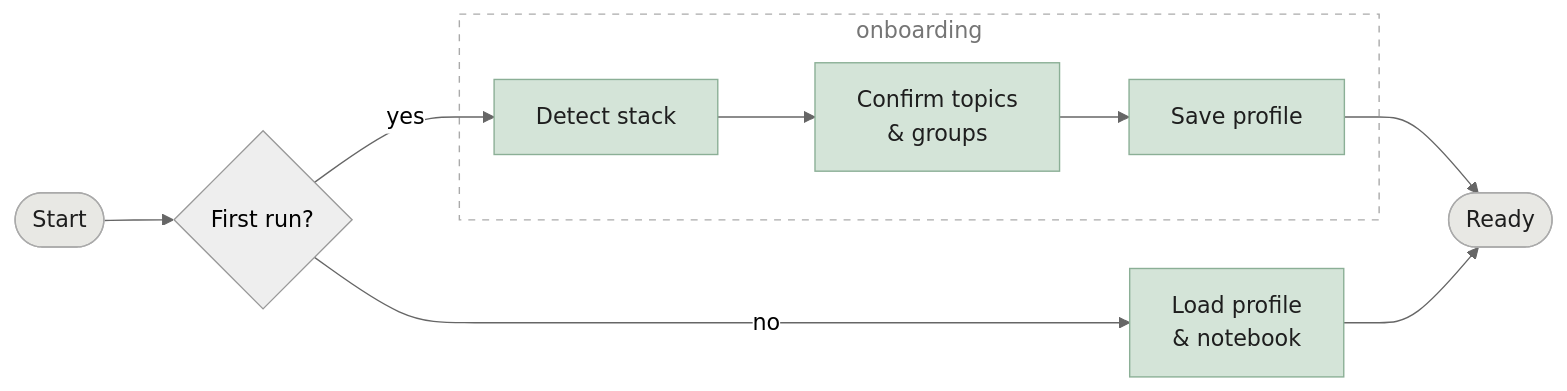
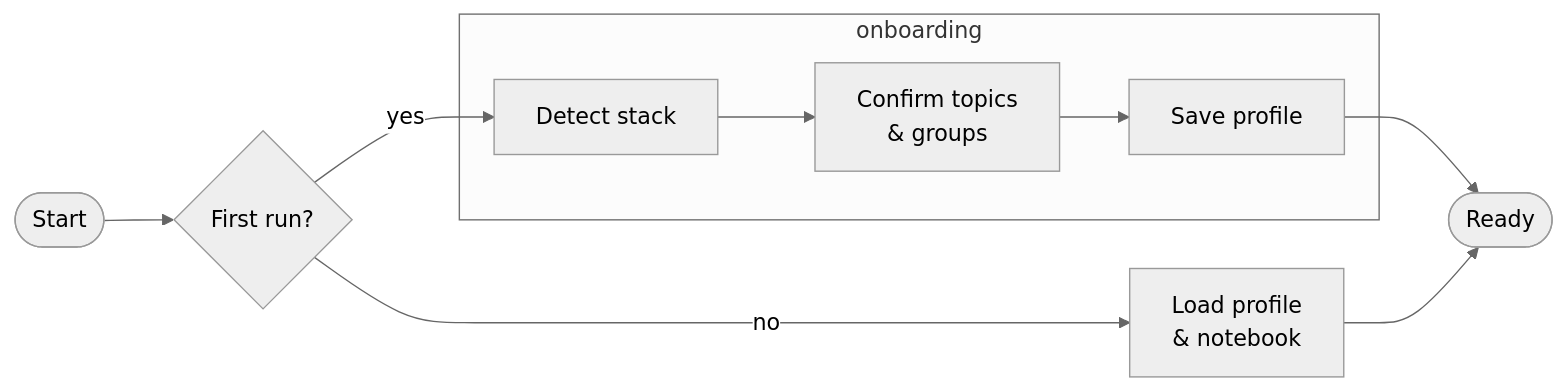
One commit to UltimaPhoenix/dev-coach changed the first of 2 diagrams in docs/how-it-works.md. Above: the diagram before and after it, drawn with Mermaid (neutral theme). The commit also changed other lines of this file and 2 other files, not shown here.

Commit message:
docs: remove custom Mermaid styles — use default theme

````diff
--- a/docs/how-it-works.md
+++ b/docs/how-it-works.md
@@ -14,22 +14,15 @@
 ```mermaid
 flowchart LR
     A([Start]) --> B{First run?}
     B -- yes --> C[Detect stack]
     C --> D[Confirm topics\n& groups]
     D --> E[Save profile]
     B -- no --> F[Load profile\n& notebook]
     E & F --> G([Ready])
 
     subgraph onboarding["onboarding"]
         C
         D
         E
     end
-
-    style onboarding fill:none,stroke:#AAAAAA,stroke-dasharray:5 5,color:#757575
-    classDef action fill:#D4E4D8,stroke:#8BAF96,color:#1E1E1E
-    classDef term   fill:#E8E8E4,stroke:#AAAAAA,color:#1E1E1E
-
-    class C,D,E,F action
-    class A,G term
 ```
````
